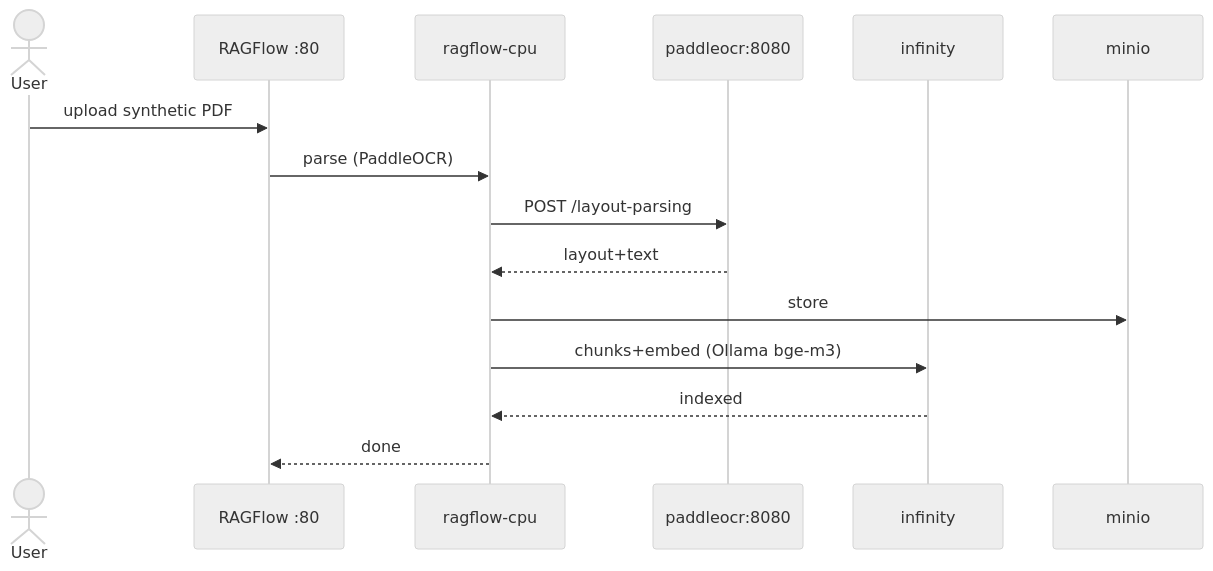
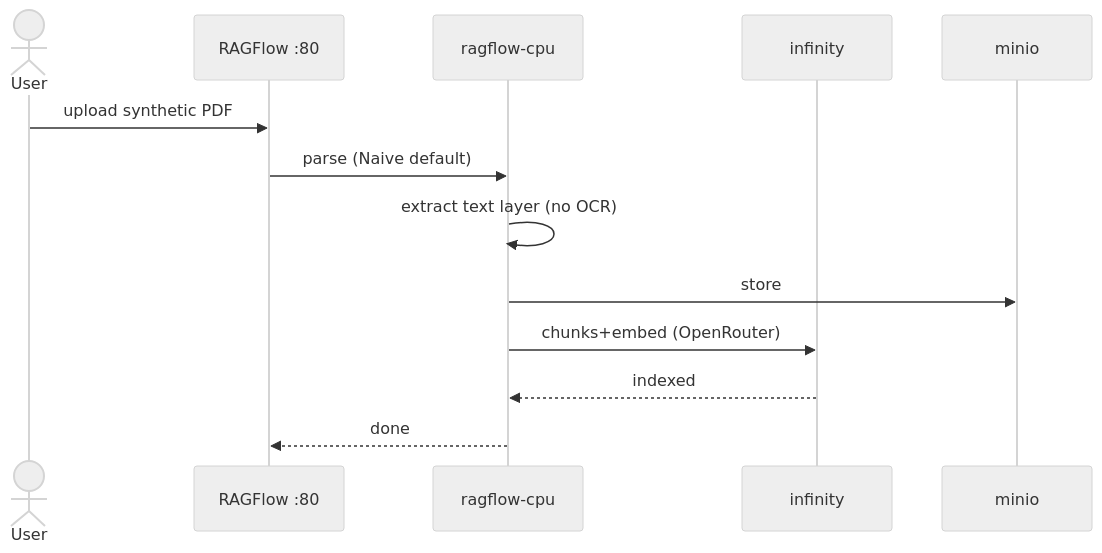
The first of 2 diagrams in openspec/changes/ledger-lens-ragflow/design.md (javi2481/LEDGERLENS), drawn with Mermaid (neutral theme) before and after one commit. The commit also changed other lines of this file and 32 other files, not shown here.

First line of the commit message:
Align demo defaults to OpenRouter and Naive for the 16 GB host.

````diff
--- a/openspec/changes/ledger-lens-ragflow/design.md
+++ b/openspec/changes/ledger-lens-ragflow/design.md
@@ -23,17 +24,15 @@
 ```mermaid
 sequenceDiagram
   actor User
   participant UI as RAGFlow :80
   participant RF as ragflow-cpu
-  participant PO as paddleocr:8080
   participant Inf as infinity
   participant Min as minio
   User->>UI: upload synthetic PDF
-  UI->>RF: parse (PaddleOCR)
-  RF->>PO: POST /layout-parsing
-  PO-->>RF: layout+text
+  UI->>RF: parse (Naive default)
+  RF->>RF: extract text layer (no OCR)
   RF->>Min: store
-  RF->>Inf: chunks+embed (Ollama bge-m3)
+  RF->>Inf: chunks+embed (OpenRouter)
   Inf-->>RF: indexed
   RF-->>UI: done
 ```
````
